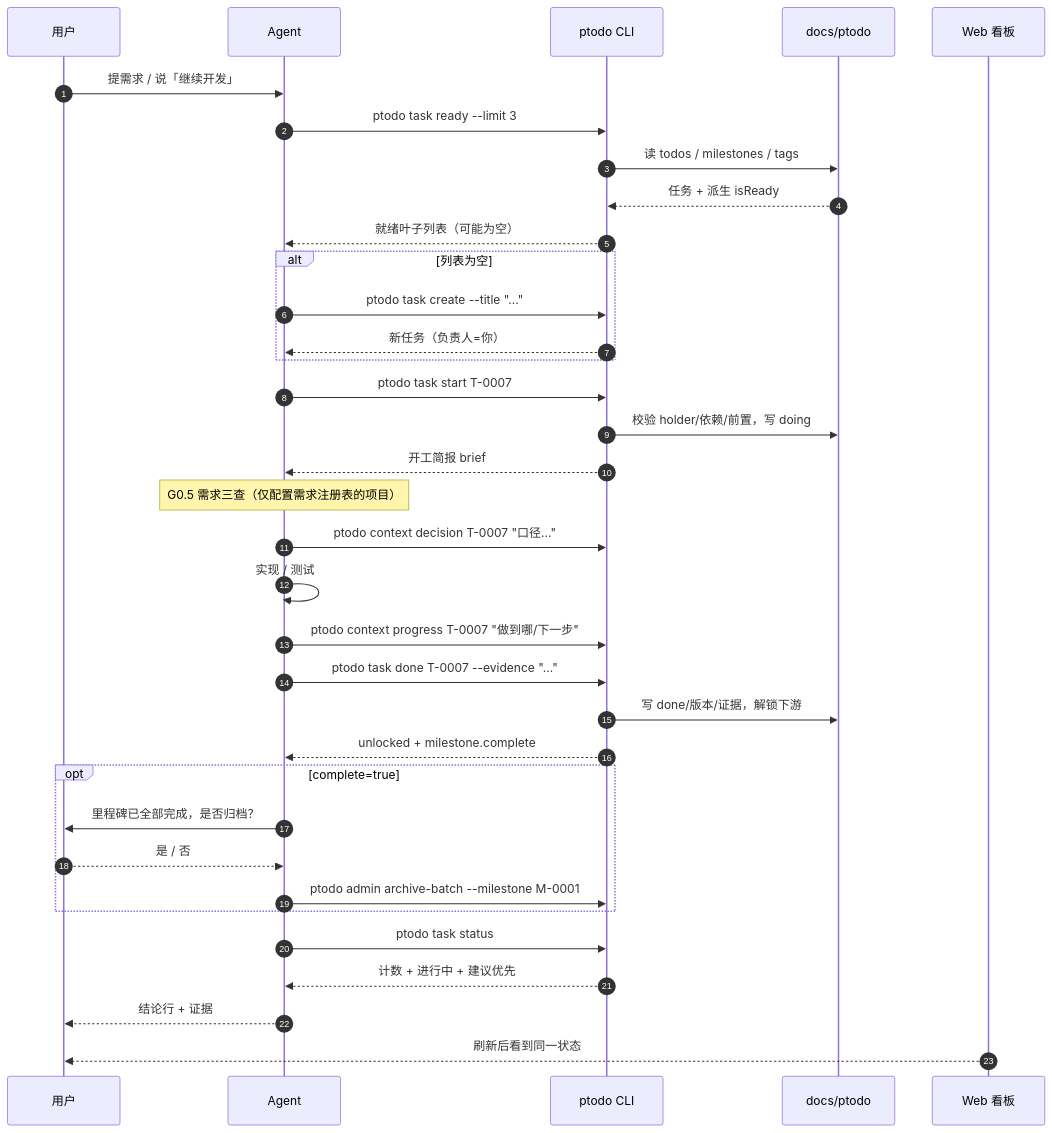
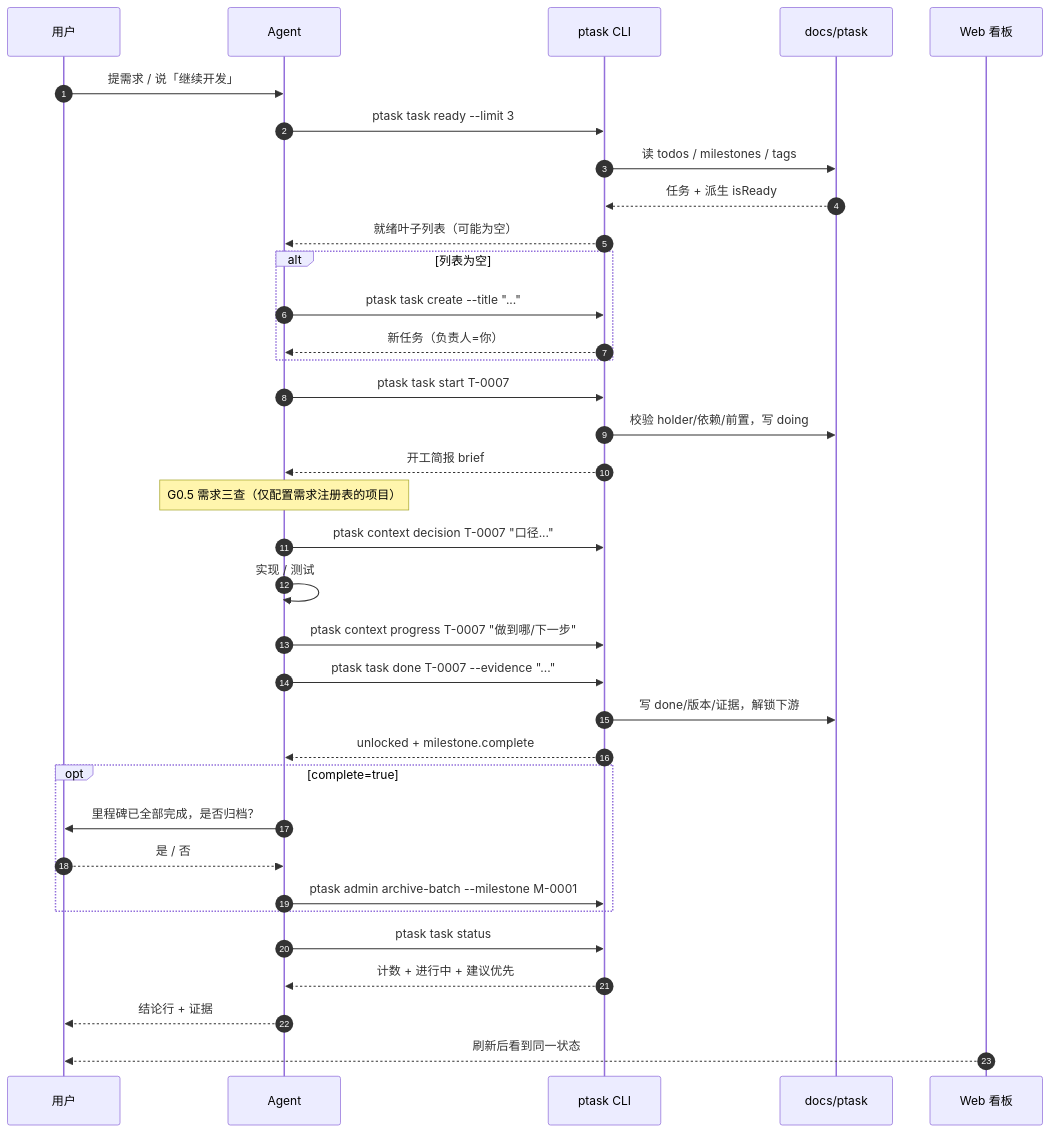
One commit to OptimisticGeek/dsh-project-todo changed the second of 5 diagrams in docs/HELP.md. Above: the diagram before and after it, drawn with Mermaid. The commit also changed other lines of this file and 93 other files, not shown here.

First line of the commit message:
refactor!: 更名为 dsh-project-task（ptask CLI、docs/ptask、project-task-board 技能）

````diff
--- a/docs/HELP.md
+++ b/docs/HELP.md
@@ -128,38 +128,38 @@
 ```mermaid
 sequenceDiagram
   autonumber
   participant U as 用户
   participant A as Agent
-  participant P as ptodo CLI
-  participant F as docs/ptodo
+  participant P as ptask CLI
+  participant F as docs/ptask
   participant W as Web 看板
 
   U->>A: 提需求 / 说「继续开发」
-  A->>P: ptodo task ready --limit 3
+  A->>P: ptask task ready --limit 3
   P->>F: 读 todos / milestones / tags
   F-->>P: 任务 + 派生 isReady
   P-->>A: 就绪叶子列表（可能为空）
   alt 列表为空
-    A->>P: ptodo task create --title "..."
+    A->>P: ptask task create --title "..."
     P-->>A: 新任务（负责人=你）
   end
-  A->>P: ptodo task start T-0007
+  A->>P: ptask task start T-0007
   P->>F: 校验 holder/依赖/前置，写 doing
   P-->>A: 开工简报 brief
   Note over A: G0.5 需求三查（仅配置需求注册表的项目）
-  A->>P: ptodo context decision T-0007 "口径..."
+  A->>P: ptask context decision T-0007 "口径..."
   A->>A: 实现 / 测试
-  A->>P: ptodo context progress T-0007 "做到哪/下一步"
-  A->>P: ptodo task done T-0007 --evidence "..."
+  A->>P: ptask context progress T-0007 "做到哪/下一步"
+  A->>P: ptask task done T-0007 --evidence "..."
   P->>F: 写 done/版本/证据，解锁下游
   P-->>A: unlocked + milestone.complete
   opt complete=true
     A->>U: 里程碑已全部完成，是否归档？
     U-->>A: 是 / 否
-    A->>P: ptodo admin archive-batch --milestone M-0001
+    A->>P: ptask admin archive-batch --milestone M-0001
   end
-  A->>P: ptodo task status
+  A->>P: ptask task status
   P-->>A: 计数 + 进行中 + 建议优先
   A-->>U: 结论行 + 证据
   W-->>U: 刷新后看到同一状态
 ```
````
